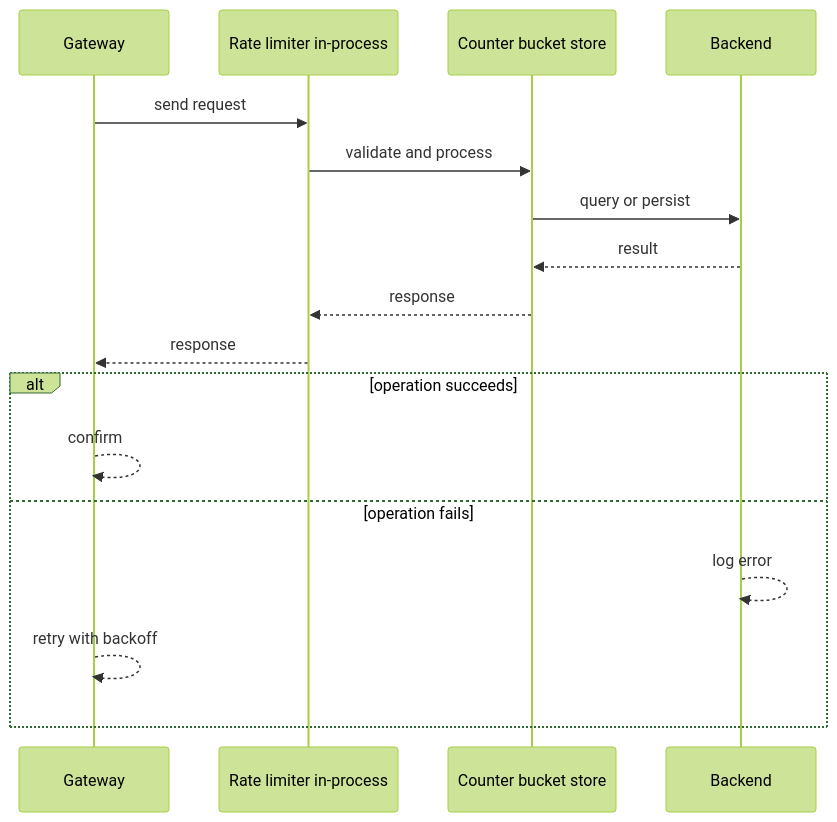
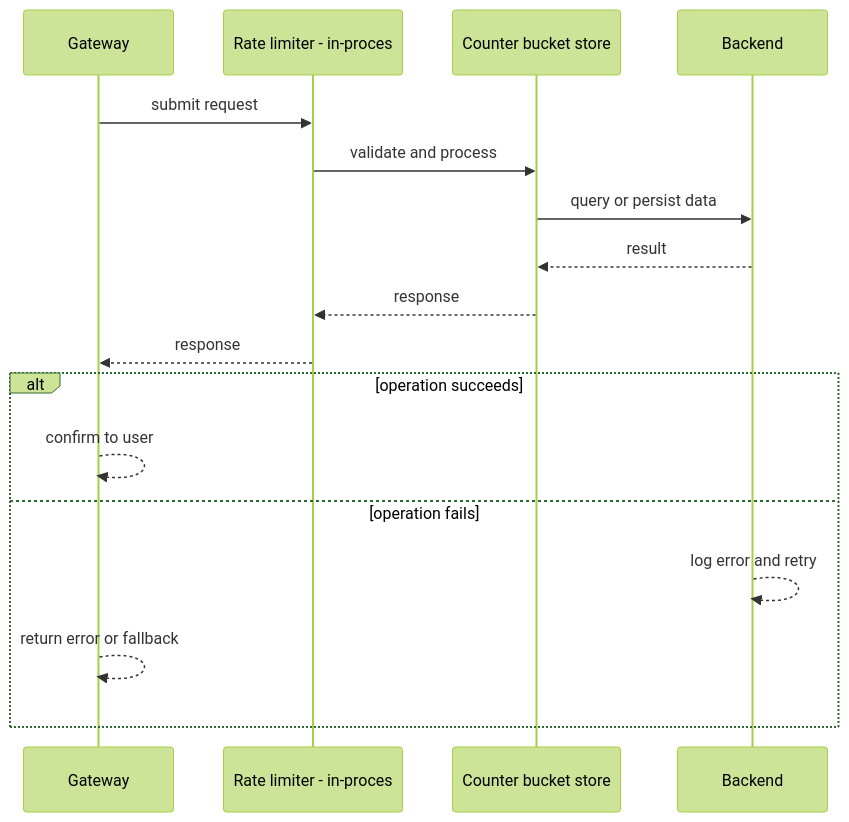
Before and after one commit to RIT-MESH/system-design-mastery: the second of 4 diagrams in case-studies/beginner/rate-limiter.md, drawn with Mermaid (forest theme). The commit also changed other lines of this file and 127 other files, not shown here.

First line of the commit message:
Improve all case study diagrams: case-specific sequences, fix truncated labels

````diff
--- a/case-studies/beginner/rate-limiter.md
+++ b/case-studies/beginner/rate-limiter.md
@@ -77,20 +77,20 @@
 ```mermaid
 %% created-for: system-design-mastery
 sequenceDiagram
-  participant C0 as Gateway
-  participant C1 as Rate limiter in-process
-  participant C2 as Counter bucket store
-  participant C3 as Backend
-  C0 ->> C1: send request
-  C1 ->> C2: validate and process
-  C2 ->> C3: query or persist
-  C3 -->> C2: result
-  C2 -->> C1: response
-  C1 -->> C0: response
+  participant P0 as Gateway
+  participant P1 as Rate limiter - in-proces
+  participant P2 as Counter bucket store
+  participant P3 as Backend
+  P0 ->> P1: submit request
+  P1 ->> P2: validate and process
+  P2 ->> P3: query or persist data
+  P3 -->> P2: result
+  P2 -->> P1: response
+  P1 -->> P0: response
   alt operation succeeds
-    C0 -->> C0: confirm
+    P0 -->> P0: confirm to user
   else operation fails
-    C3 -->> C3: log error
-    C0 -->> C0: retry with backoff
+    P3 -->> P3: log error and retry
+    P0 -->> P0: return error or fallback
   end
 ```
````
